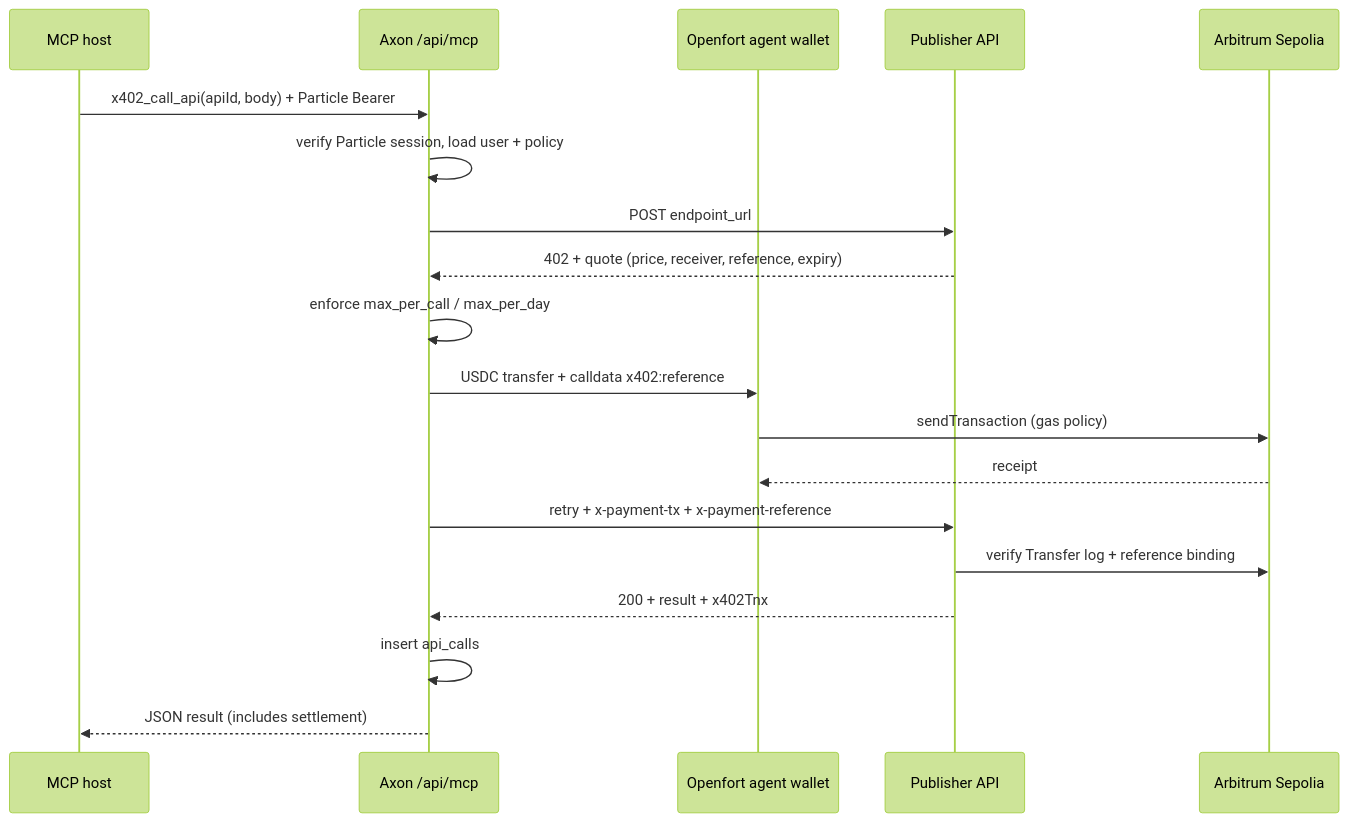
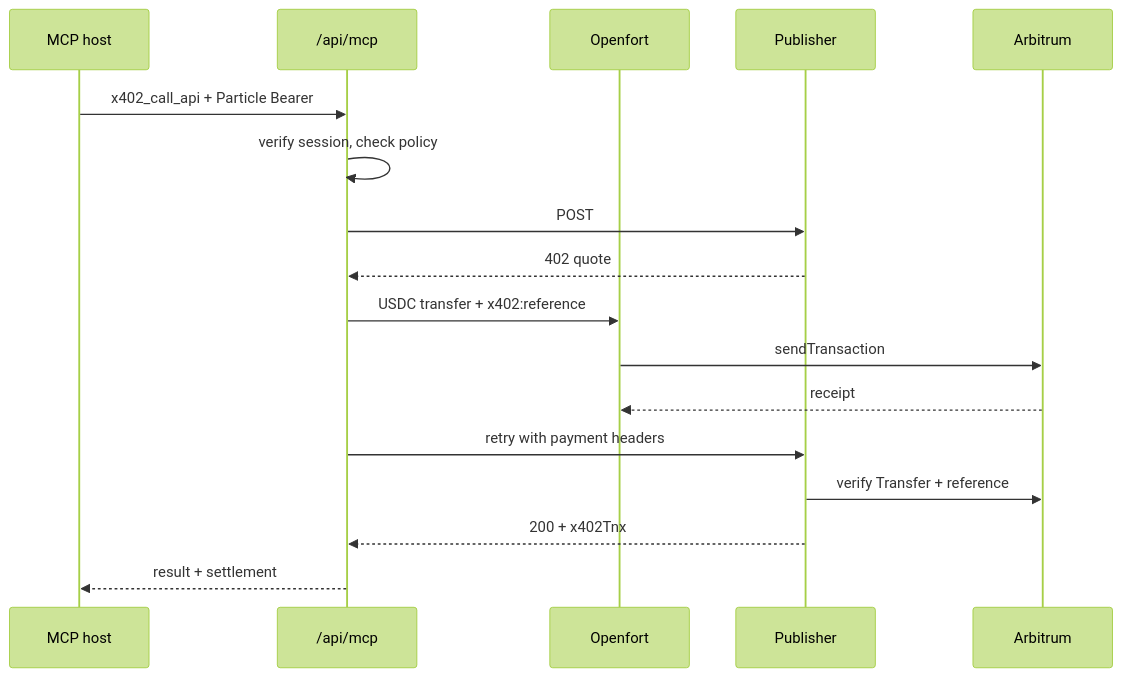
Before and after one commit to GarvitDadheech/Axon: the second of 2 diagrams in README.md, drawn with Mermaid (forest theme). The commit also changed other lines of this file and 4 other files, not shown here.

````diff
--- a/README.md
+++ b/README.md
@@ -76,22 +66,20 @@
 ```mermaid
 sequenceDiagram
   participant Host as MCP host
-  participant Axon as Axon /api/mcp
-  participant OF as Openfort agent wallet
-  participant API as Publisher API
-  participant Chain as Arbitrum Sepolia
+  participant Axon as /api/mcp
+  participant OF as Openfort
+  participant API as Publisher
+  participant Chain as Arbitrum
 
-  Host->>Axon: x402_call_api(apiId, body) + Particle Bearer
-  Axon->>Axon: verify Particle session, load user + policy
-  Axon->>API: POST endpoint_url
-  API-->>Axon: 402 + quote (price, receiver, reference, expiry)
-  Axon->>Axon: enforce max_per_call / max_per_day
-  Axon->>OF: USDC transfer + calldata x402:reference
-  OF->>Chain: sendTransaction (gas policy)
+  Host->>Axon: x402_call_api + Particle Bearer
+  Axon->>Axon: verify session, check policy
+  Axon->>API: POST
+  API-->>Axon: 402 quote
+  Axon->>OF: USDC transfer + x402:reference
+  OF->>Chain: sendTransaction
   Chain-->>OF: receipt
-  Axon->>API: retry + x-payment-tx + x-payment-reference
-  API->>Chain: verify Transfer log + reference binding
-  API-->>Axon: 200 + result + x402Tnx
-  Axon->>Axon: insert api_calls
-  Axon-->>Host: JSON result (includes settlement)
+  Axon->>API: retry with payment headers
+  API->>Chain: verify Transfer + reference
+  API-->>Axon: 200 + x402Tnx
+  Axon-->>Host: result + settlement
 ```
````
